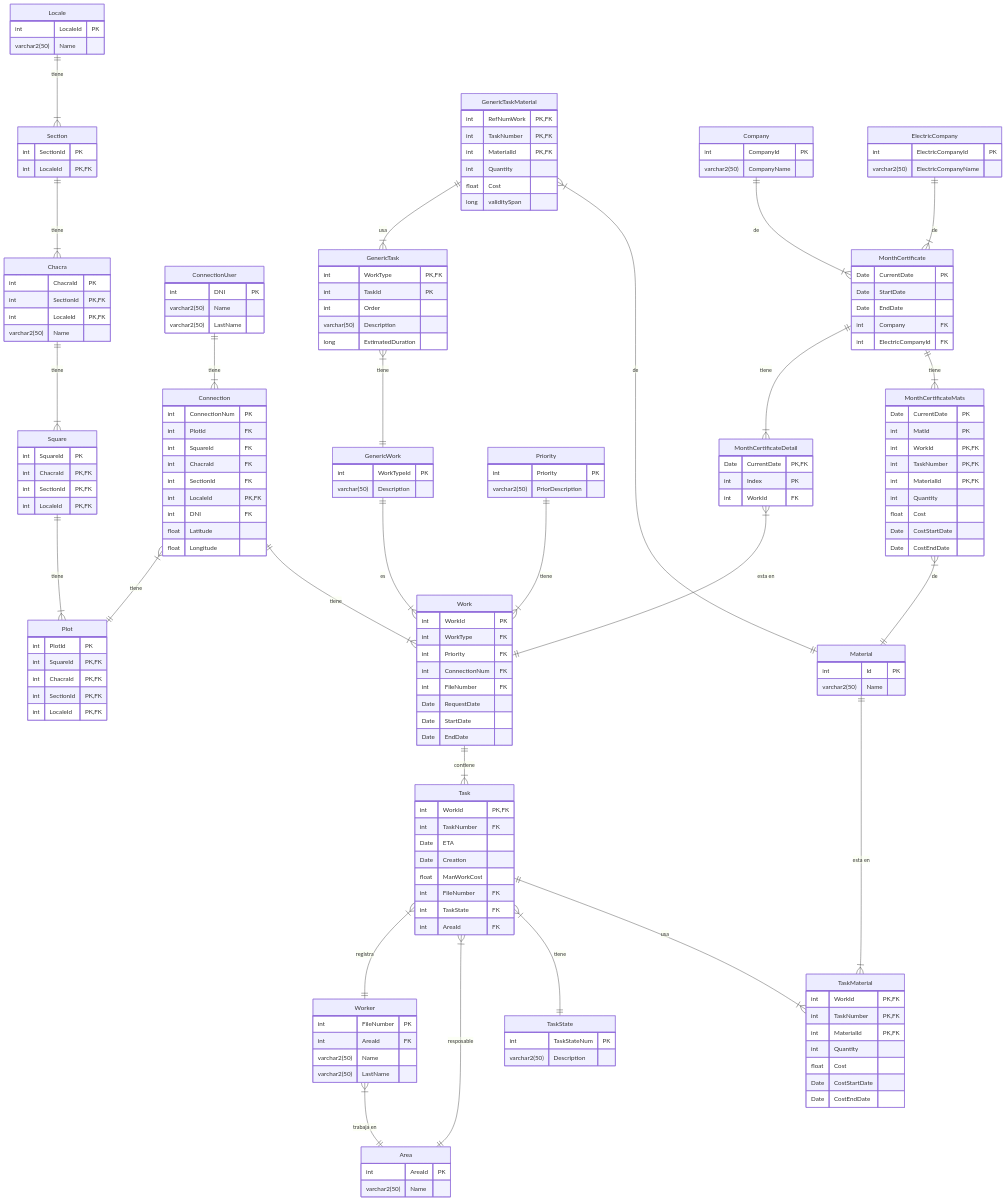
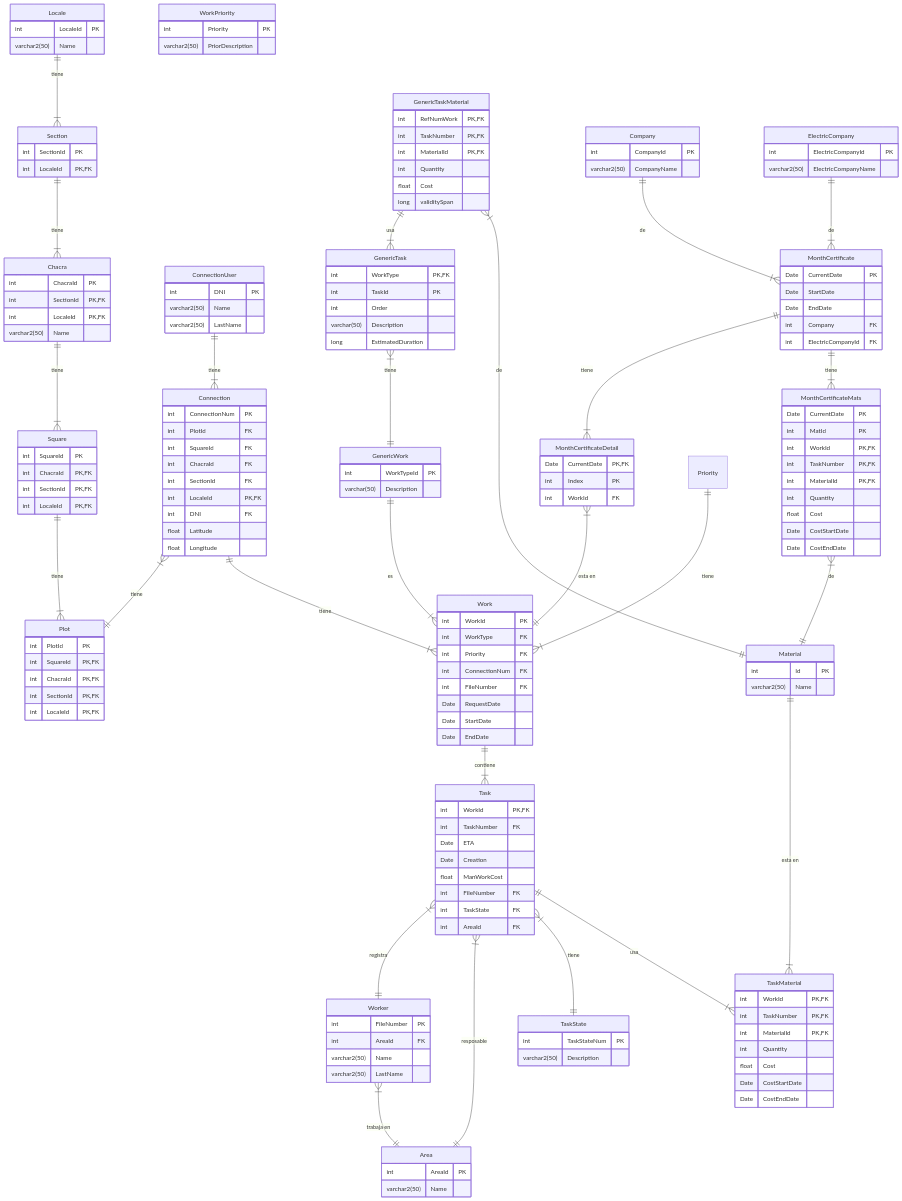
Before and after one commit to Oscar-Wohlfarhrt/TBD-2024-TPI: the diagram in docs/DER.md, drawn with Mermaid.

Commit message:
Update DER.md
Priority->WorkPriority

```diff
--- a/docs/DER.md
+++ b/docs/DER.md
@@ -87,7 +87,7 @@
         Date StartDate
         Date EndDate
 	}
-    Priority{
+    WorkPriority{
         int Priority PK
         varchar2(50) PriorDescription
     }
```
